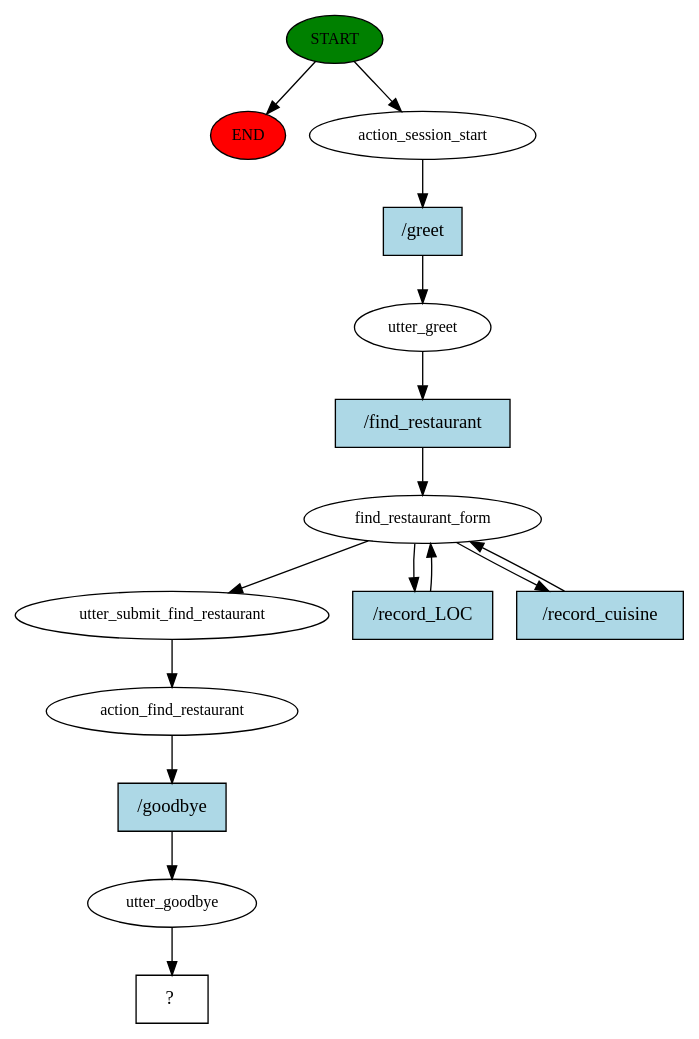
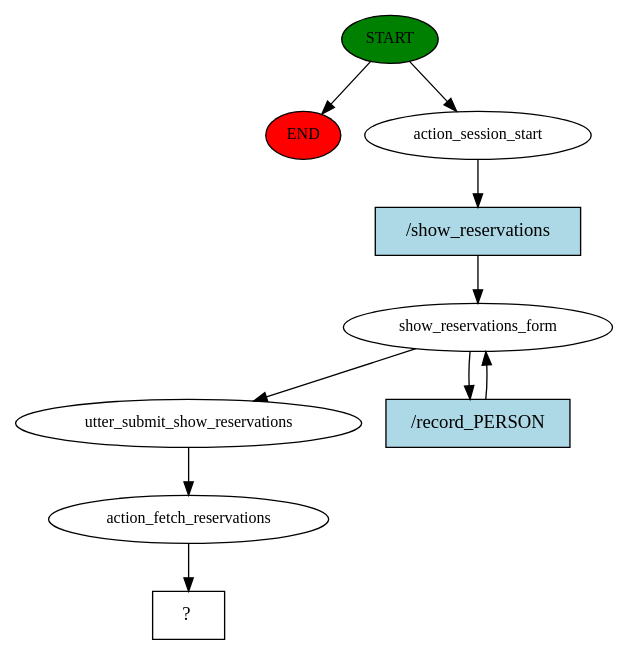
The diagram in rasa_chatbot/story_graph.dot (AsiaSzych/IU_Voice_Assistants), drawn with Graphviz before and after one commit. The commit also changed 2 other files, not shown here.

```diff
--- a/rasa_chatbot/story_graph.dot
+++ b/rasa_chatbot/story_graph.dot
@@ -1,31 +1,20 @@
 digraph  {
 0 [class="start active", fillcolor=green, fontsize=12, label=START, style=filled];
 "-1" [class=end, fillcolor=red, fontsize=12, label=END, style=filled];
 1 [class=active, fontsize=12, label=action_session_start];
-2 [class=active, fontsize=12, label=utter_greet];
-3 [class=active, fontsize=12, label=find_restaurant_form];
-6 [class=active, fontsize=12, label=utter_submit_find_restaurant];
-7 [class=active, fontsize=12, label=action_find_restaurant];
-8 [class=active, fontsize=12, label=utter_goodbye];
-9 [class="intent dashed active", label="  ?  ", shape=rect];
-10 [class="intent active", fillcolor=lightblue, label="/greet", shape=rect, style=filled];
-11 [class="intent active", fillcolor=lightblue, label="/find_restaurant", shape=rect, style=filled];
-12 [class="intent active", fillcolor=lightblue, label="/record_LOC", shape=rect, style=filled];
-13 [class="intent active", fillcolor=lightblue, label="/record_cuisine", shape=rect, style=filled];
-14 [class="intent active", fillcolor=lightblue, label="/goodbye", shape=rect, style=filled];
+2 [class=active, fontsize=12, label=show_reservations_form];
+4 [class=active, fontsize=12, label=utter_submit_show_reservations];
+5 [class=active, fontsize=12, label=action_fetch_reservations];
+6 [class="intent dashed active", label="  ?  ", shape=rect];
+7 [class="intent active", fillcolor=lightblue, label="/show_reservations", shape=rect, style=filled];
+8 [class="intent active", fillcolor=lightblue, label="/record_PERSON", shape=rect, style=filled];
 0 -> "-1"  [class="", key=NONE, label=""];
 0 -> 1  [class=active, key=NONE, label=""];
-1 -> 10  [class=active, key=0];
-2 -> 11  [class=active, key=0];
-3 -> 6  [class=active, key=NONE, label=""];
-3 -> 12  [class=active, key=0];
-3 -> 13  [class=active, key=0];
-6 -> 7  [class=active, key=NONE, label=""];
-7 -> 14  [class=active, key=0];
-8 -> 9  [class=active, key=NONE, label=""];
-10 -> 2  [class=active, key=0];
-11 -> 3  [class=active, key=0];
-12 -> 3  [class=active, key=0];
-13 -> 3  [class=active, key=0];
-14 -> 8  [class=active, key=0];
+1 -> 7  [class=active, key=0];
+2 -> 4  [class=active, key=NONE, label=""];
+2 -> 8  [class=active, key=0];
+4 -> 5  [class=active, key=NONE, label=""];
+5 -> 6  [class=active, key=NONE, label=""];
+7 -> 2  [class=active, key=0];
+8 -> 2  [class=active, key=0];
 }
```
